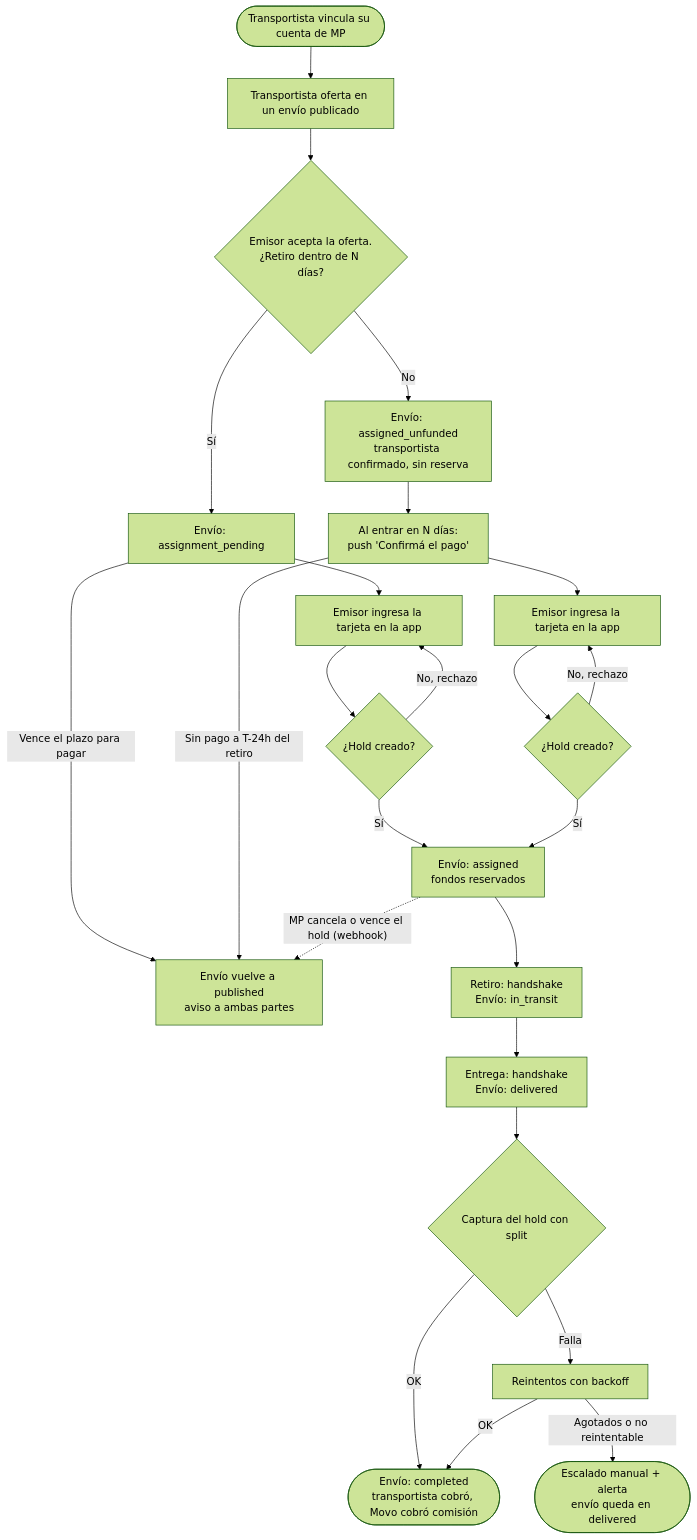
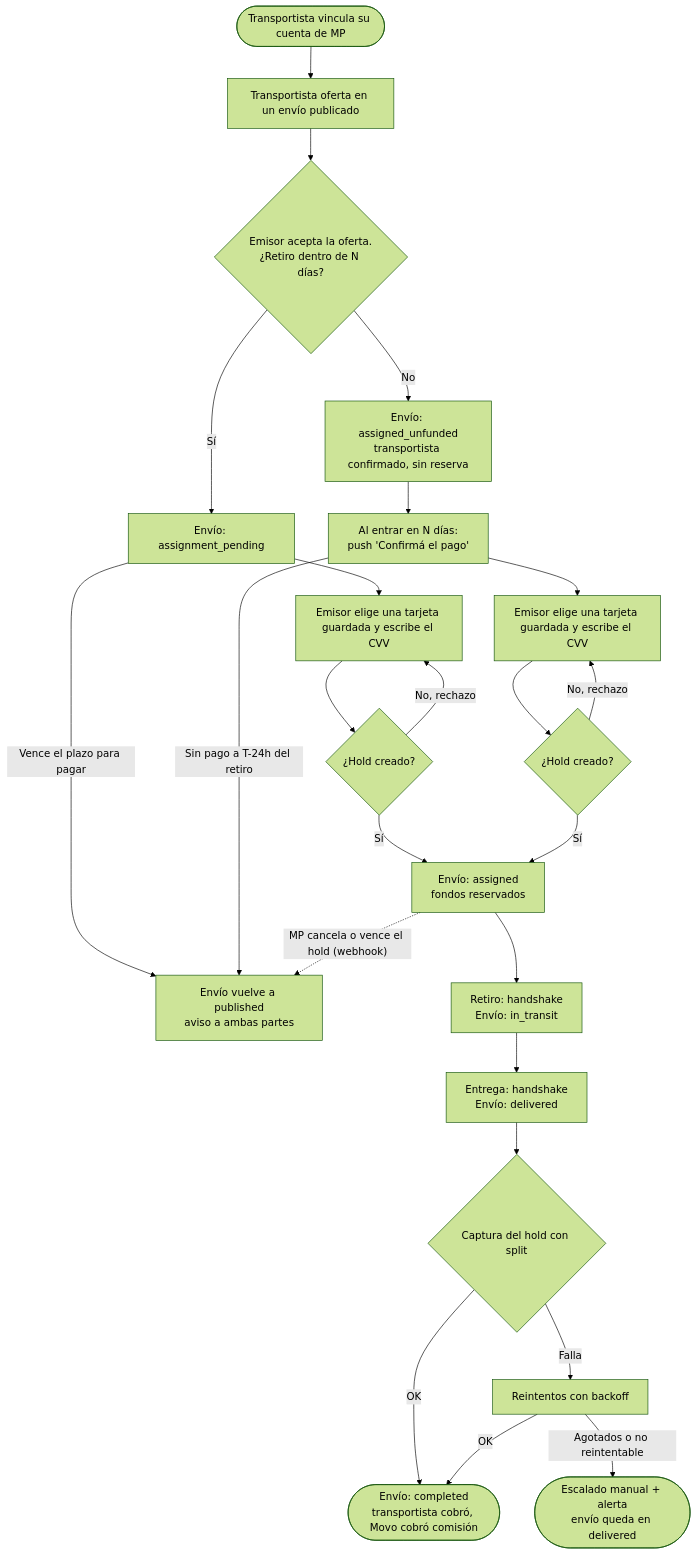
Before and after one commit to movosend/movo: the second of 10 diagrams in docs/payments/flujo-de-pagos.md, drawn with Mermaid (forest theme). The commit also changed other lines of this file and 2 other files, not shown here.

First line of the commit message:
docs(payments): adr-039 y flujo de tarjetas guardadas con cvv

````diff
--- a/docs/payments/flujo-de-pagos.md
+++ b/docs/payments/flujo-de-pagos.md
@@ -70,30 +70,30 @@
 ```mermaid
 flowchart TD
     A([Transportista vincula su cuenta de MP]) --> B[Transportista oferta en un envío publicado]
     B --> C{Emisor acepta la oferta.<br/>¿Retiro dentro de N días?}
 
     C -- Sí --> D[Envío: assignment_pending]
-    D --> E[Emisor ingresa la tarjeta en la app]
+    D --> E[Emisor elige una tarjeta guardada y escribe el CVV]
     E --> F{¿Hold creado?}
     F -- Sí --> K[Envío: assigned<br/>fondos reservados]
     F -- "No, rechazo" --> E
     D -- "Vence el plazo para pagar" --> R[Envío vuelve a published<br/>aviso a ambas partes]
 
     C -- No --> G[Envío: assigned_unfunded<br/>transportista confirmado, sin reserva]
     G --> H[Al entrar en N días:<br/>push 'Confirmá el pago']
-    H --> I[Emisor ingresa la tarjeta en la app]
+    H --> I[Emisor elige una tarjeta guardada y escribe el CVV]
     I --> J{¿Hold creado?}
     J -- Sí --> K
     J -- "No, rechazo" --> I
     H -- "Sin pago a T-24h del retiro" --> R
 
     K --> L[Retiro: handshake<br/>Envío: in_transit]
     L --> N[Entrega: handshake<br/>Envío: delivered]
     N --> O{Captura del hold con split}
     O -- OK --> Q([Envío: completed<br/>transportista cobró, Movo cobró comisión])
     O -- Falla --> T[Reintentos con backoff]
     T -- OK --> Q
     T -- Agotados o no reintentable --> U([Escalado manual + alerta<br/>envío queda en delivered])
 
     K -. "MP cancela o vence el hold (webhook)" .-> R
 ```
````
